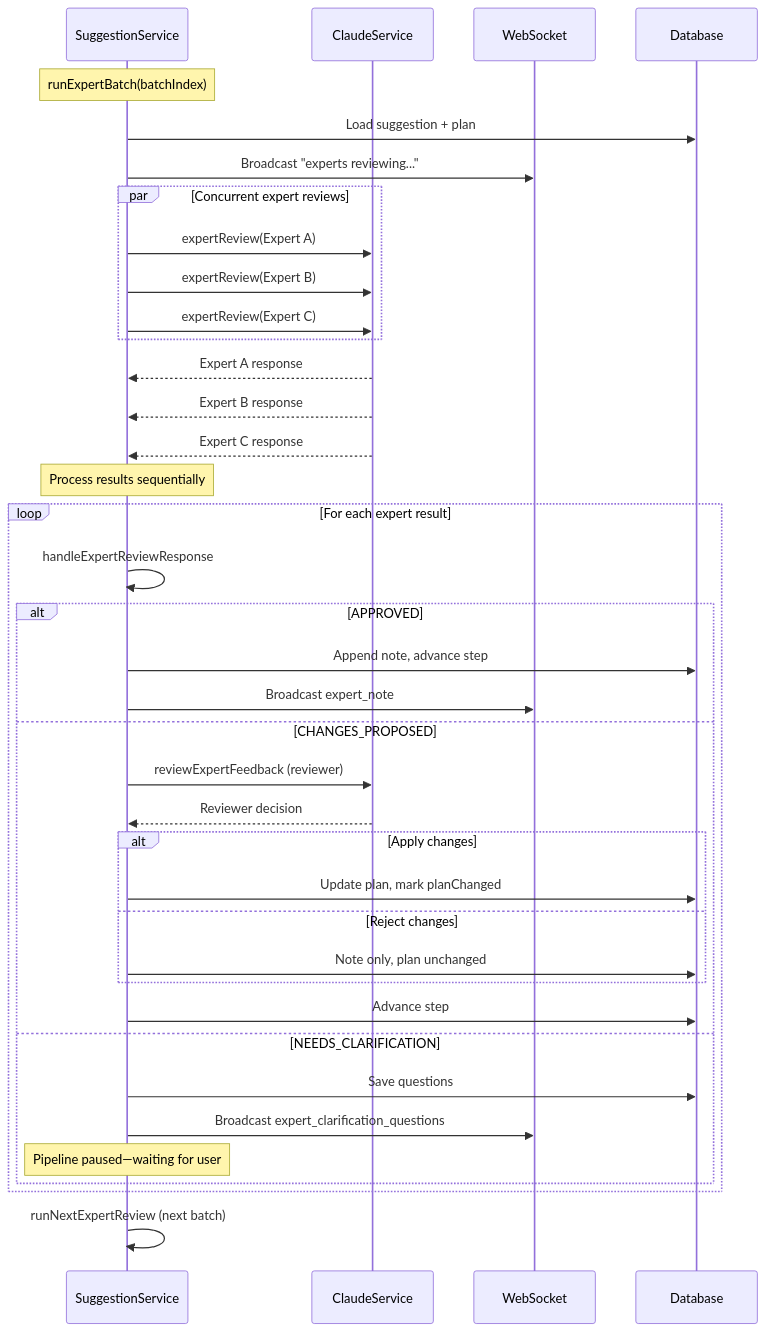
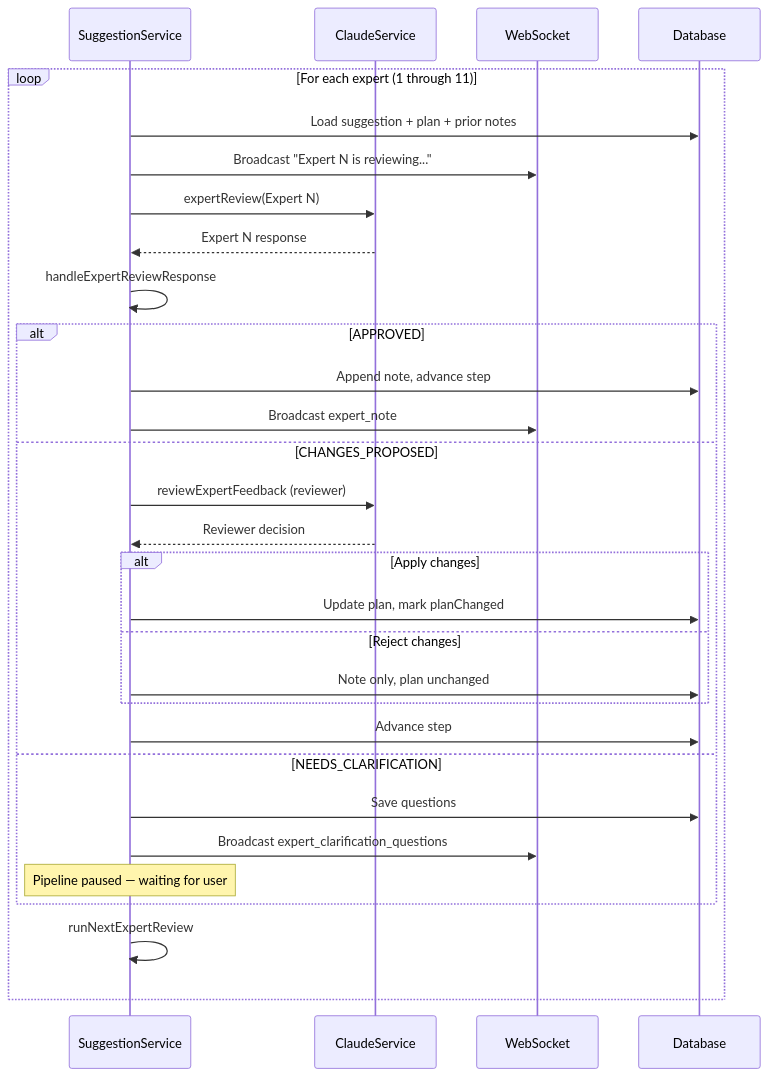
The seventh of 11 diagrams in landing_site/expert-review-flow.md (InnKeeperDevOps/site-manager), drawn with Mermaid before and after one commit. The commit also changed other lines of this file, not shown here.

First line of the commit message:
Update expert review documentation for sequential execution

````diff
--- a/landing_site/expert-review-flow.md
+++ b/landing_site/expert-review-flow.md
@@ -240,47 +217,36 @@
 ```mermaid
 sequenceDiagram
     participant SS as SuggestionService
     participant CS as ClaudeService
     participant WS as WebSocket
     participant DB as Database
 
-    Note over SS: runExpertBatch(batchIndex)
+    loop For each expert (1 through 11)
+        SS->>DB: Load suggestion + plan + prior notes
+        SS->>WS: Broadcast "Expert N is reviewing..."
 
-    SS->>DB: Load suggestion + plan
-    SS->>WS: Broadcast "experts reviewing..."
+        SS->>CS: expertReview(Expert N)
+        CS-->>SS: Expert N response
 
-    par Concurrent expert reviews
-        SS->>CS: expertReview(Expert A)
-        SS->>CS: expertReview(Expert B)
-        SS->>CS: expertReview(Expert C)
-    end
-
-    CS-->>SS: Expert A response
-    CS-->>SS: Expert B response
-    CS-->>SS: Expert C response
-
-    Note over SS: Process results sequentially
-
-    loop For each expert result
         SS->>SS: handleExpertReviewResponse
         alt APPROVED
             SS->>DB: Append note, advance step
             SS->>WS: Broadcast expert_note
         else CHANGES_PROPOSED
             SS->>CS: reviewExpertFeedback (reviewer)
             CS-->>SS: Reviewer decision
             alt Apply changes
                 SS->>DB: Update plan, mark planChanged
             else Reject changes
                 SS->>DB: Note only, plan unchanged
             end
             SS->>DB: Advance step
         else NEEDS_CLARIFICATION
             SS->>DB: Save questions
             SS->>WS: Broadcast expert_clarification_questions
-            Note over SS: Pipeline paused—waiting for user
+            Note over SS: Pipeline paused — waiting for user
         end
+
+        SS->>SS: runNextExpertReview
     end
-
-    SS->>SS: runNextExpertReview (next batch)
 ```
````
